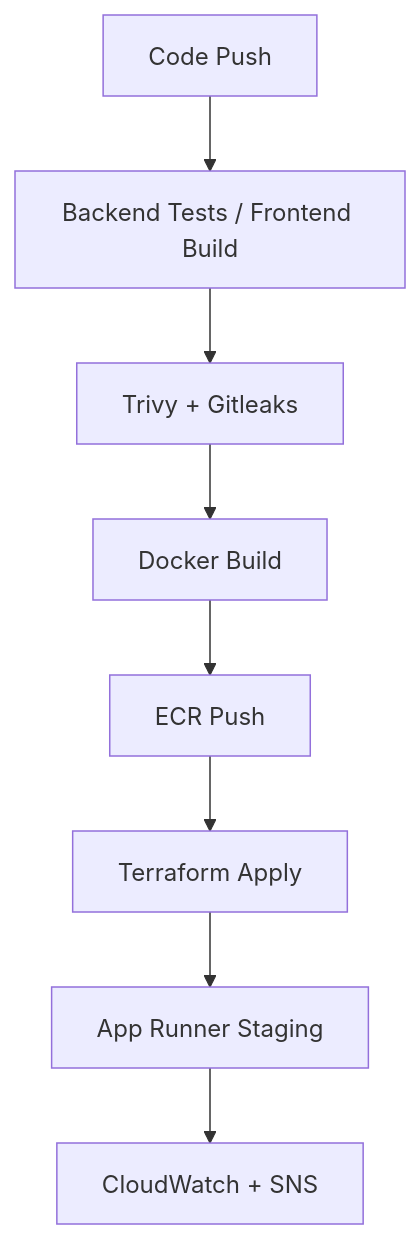
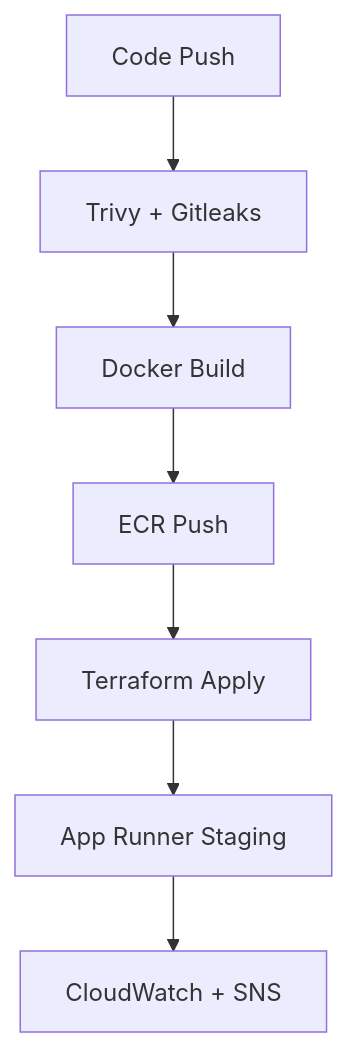
Before and after one commit to BassamAA/constructiondashboard: the third of 3 diagrams in README.md, drawn with Mermaid. The commit also changed other lines of this file, not shown here.

Commit message:
Update README: add deploy-fly.yml CI, fix architecture diagrams, fix staging paths

````diff
--- a/README.md
+++ b/README.md
@@ -132,10 +149,9 @@
 ```mermaid
 flowchart TD
-    Commit[Code Push] --> Tests[Backend Tests / Frontend Build]
-    Tests --> Security[Trivy + Gitleaks]
+    Commit[Code Push] --> Security[Trivy + Gitleaks]
     Security --> Build[Docker Build]
     Build --> Push[ECR Push]
-    Push --> Deploy[Terraform Apply]
-    Deploy --> Staging[App Runner Staging]
+    Push --> TF[Terraform Apply]
+    TF --> Staging[App Runner Staging]
     Staging --> Monitor[CloudWatch + SNS]
 ```
````
